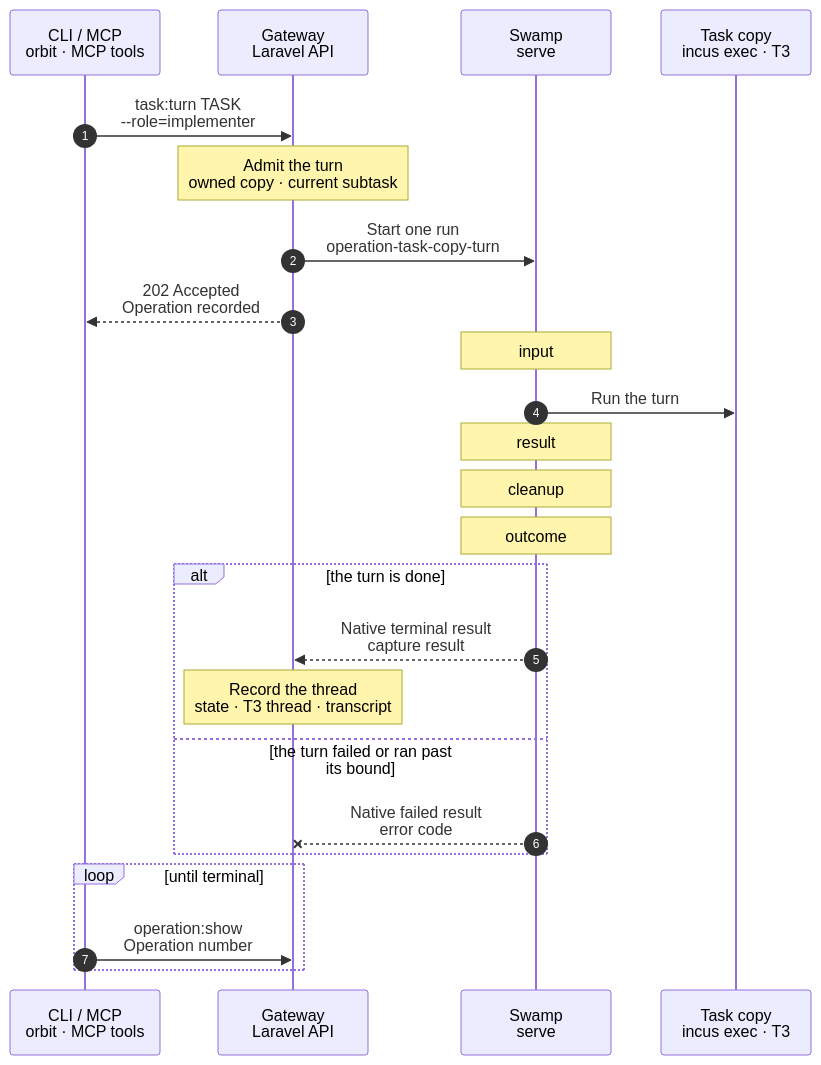
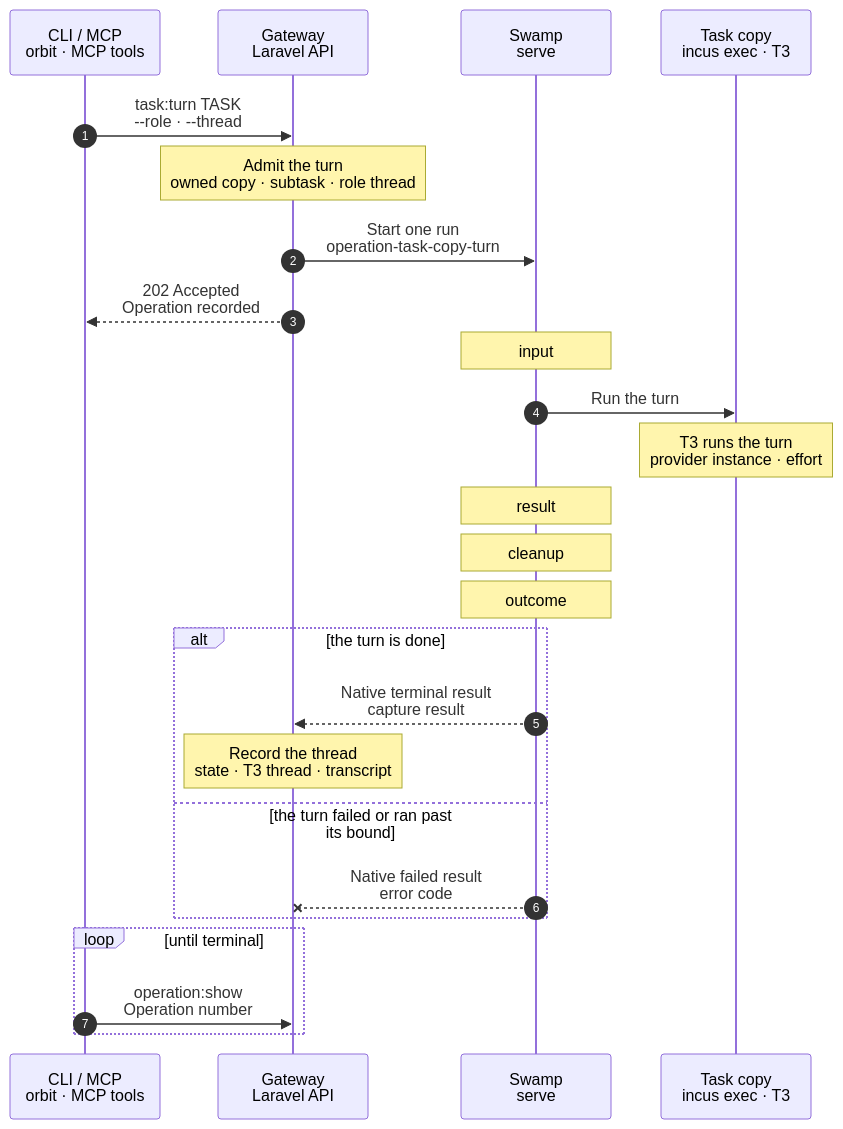
Before and after one commit to hardimpactdev/orbit: the diagram in docs/cli/task/copy-turn.mmd, drawn with Mermaid. The commit also changed 31 other files, not shown here.

First line of the commit message:
feat(tasks): copy turns keep one ongoing thread per role at its model and effort (#3715)

```diff
--- a/docs/cli/task/copy-turn.mmd
+++ b/docs/cli/task/copy-turn.mmd
@@ -1,69 +1,85 @@
 sequenceDiagram
-  %% Target design (orchestrator, 2026-11-13, plan A): a turn of a task that runs in a copy of its Project's default Instance. Swamp runs T3's own CLI in the copy as agent; stock T3 accepts only full-access MCP sessions it issues itself, so no T3 session leaves the container.
+  %% Target design (orchestrator, 2026-11-13, plan A; 2026-11-14 one ongoing thread per role, continued by default, effort per role through T3 provider instances): a turn of a task that runs in a copy of its Project's default Instance. Swamp runs T3's own CLI in the copy as agent; stock T3 accepts only full-access MCP sessions it issues itself, so no T3 session leaves the container. The implementer and the reviewer each keep one T3 thread that later turns continue.
   %% status: draft
   %% command: task:turn
   %% kind: tasks.copy_turn
   autonumber
   %% lane CLI icon=terminal pill=caller tone=gray
   %% lane GW icon=gateway pill=intent tone=blue
   %% lane SW icon=workflow pill=executes tone=green
   %% lane N icon=server pill=target tone=amber
   participant CLI as CLI / MCP<br/>orbit · MCP tools
   participant GW as Gateway<br/>Laravel API
   participant SW as Swamp<br/>serve
   participant N as Task copy<br/>incus exec · T3
-  CLI->>GW: task:turn TASK<br/>--role=implementer
+  CLI->>GW: task:turn TASK<br/>--role · --thread
   %%> Command:
-  %%> - `orbit task:turn SUBTASK --role=implementer --prompt="Run Doctor and commit a note." --thread=new`
-  Note over GW: Admit the turn<br/>owned copy · current subtask
+  %%> - `orbit task:turn SUBTASK --role=implementer --prompt="Run Doctor and commit a note."`
+  %%> - `orbit task:turn SUBTASK --role=implementer --prompt="Start over from the brief." --thread=new`
+  %%> - `orbit task:turn SUBTASK --role=reviewer --prompt="Review the checked commit." --check=CHECK`
+  Note over GW: Admit the turn<br/>owned copy · subtask · role thread
   %%> What it does:
   %%> - a group that owns a task copy, or whose Project has `nested_fleet` on, turns in its copy as `tasks.copy_turn`; every other group takes the task VM turn (`turn.mmd`). A nested-fleet group without a copy refuses here with `tasks.no_workspace`
-  %%> - composes the prompt as for a task VM turn: the title, brief and deliverables of the subtask, then the caller's prompt
-  %%> - records a new implementer thread with the driver `t3`, the copy's Node and the model of `ORBIT_TASKS_COPY_TURN_MODEL` (default `claudeAgent/claude-opus-5-5`); T3 picks the effort
-  %%> - the intent names the copy's container, the T3 command, the model, the 3,600 s bound and a title that names the thread; no credential and no vault key
+  %%> - composes the prompt as for a task VM turn: the title, brief and deliverables of the subtask, then the caller's prompt. A reviewer's prompt also names the checked commit
+  %%> - without `--thread`, the turn continues its role's thread: the implementer's thread of the current subtask, or the group's reviewer thread, when it is a `t3` thread of this copy. A role with no such thread starts one. `--thread=new` starts a new one; `--thread=ID` must name the thread the turn would continue
+  %%> - a new thread records the driver `t3`, the copy's Node, the role's copy model (`ORBIT_TASKS_COPY_IMPLEMENTER_MODEL` or `ORBIT_TASKS_COPY_REVIEWER_MODEL`, each `claude-opus-5-5` by default) and the role's effort (`ORBIT_TASKS_IMPLEMENTER_EFFORT`, default `medium`, or `ORBIT_TASKS_REVIEWER_EFFORT`, default `high`). The T3 provider instance of that effort carries it, as `claudeMedium` or `claudeHigh`
+  %%> - a continued thread keeps its model and effort: T3 keeps the thread's provider instance
+  %%> - a reviewer turn names the subtask's checked candidate with `--check`, as on a task VM; the commit goes into the turn
+  %%> - the intent names the copy's container, the T3 command, whether the turn starts or continues its thread, the provider instance and model, the candidate, the 3,600 s bound and a title that names the Orbit thread; no credential and no vault key
   %%> Requirements:
   %%> - the group owns its copy and the copy is `active`; otherwise `tasks.no_workspace` or `tasks.copy_not_ready`, and nothing is recorded
-  %%> - a new implementer thread with the copy's model; a reviewer turn, a continued thread or a caller's model answers `tasks.copy_turn_unsupported`
+  %%> - an implementer or reviewer turn with no caller's model; a consult or `--model` answers `tasks.copy_turn_unsupported`
+  %%> - `--thread=ID` names the role's thread that the turn would continue; otherwise `tasks.thread_role_mismatch`
+  %%> - a reviewer's check is the subtask's checked candidate; otherwise `tasks.commit_not_checked`
+  %%> - the role's copy model is a model name, and the role's effort is `low`, `medium`, `high`, `xhigh` or `max`; otherwise `tasks.copy_turn_model_invalid` or `tasks.copy_turn_effort_invalid`
   %%> - no other Operation of the group runs; otherwise `operation.target_busy`
-  %%> - no earlier turn of the group may still run in the copy: a turn whose run started but whose result does not show T3's run over answers `tasks.copy_turn_unended` with its Operation in `details.operation_id`; a check of the copy refuses the same way, until `task:cancel`
+  %%> - no earlier turn of the group may still run in the copy: the latest turn of each thread whose run started but whose result does not show T3's run over answers `tasks.copy_turn_unended` with its Operation in `details.operation_id`; a check of the copy refuses the same way, until `task:cancel`. One case passes: a turn that ended `waiting` for an answer does not hold a turn that continues its own thread, so the answer can be sent (that `t3 thread send` answers a waiting run is an assumption read from T3 0.1.7's CLI). A reviewer turn whose checkout is not restored holds the same way: its result is not over
   GW->>SW: Start one run<br/>operation-task-copy-turn
   GW-->>CLI: 202 Accepted<br/>Operation recorded
   %%> Result:
   %%> - follow the Operation while Swamp runs the turn
   Note over SW: input
   %%> What it does:
   %%> - writes the copy's container, the SSH target and the turn into the private run folder
   SW->>N: Run the turn
   %%> What it does:
   %%> - one Ansible phase on the copy's Node: `incus exec` into the copy, then `runuser -u agent`, non-login, with the agent's groups
   %%> - first one `true` in the copy: a copy the phase cannot reach fails before anything is launched, so its group stays free
-  %%> - `t3 thread start --provider --model --title --wait --json /srv/workspace -` with the prompt on stdin, bounded by `timeout` at 3,600 s
-  %%> - `t3 thread list` finds the thread by its title, also when the bound cut the wait; `t3 thread show --json` reads it back
-  %%> - writes each evidence file as soon as its command ends: the launch mark, the start's end, the read; a cut phase still tells whether a turn was launched
+  %%> - a continued turn first finds its T3 thread by its title with `t3 thread list`. A list that fails or is not JSON fails with `tasks.copy_turn_failed`; when T3 holds not exactly one thread of the title, the phase fails with `tasks.copy_thread_missing`. Nothing is launched
+  %%> - a reviewer turn then requires a clean checkout on a branch, reads the branch's tip and checks the candidate out, detached; a checkout with changes fails with `tasks.copy_tree_dirty` before anything is launched. The detach mark is written as soon as the checkout is detached
+  %%> - a new thread: `t3 thread start --provider --model --title --wait --json /srv/workspace -`; a continued one: `t3 thread send --wait --json THREAD -`. The prompt goes on stdin, bounded by `timeout` at 3,600 s
+  %%> - `t3 thread list` finds the thread by its title, also when the bound cut the wait; `t3 thread show --json` reads it back. Each read is bounded at 60 s
+  %%> - after a reviewer turn, also a failed or cut one, the phase discards what the reviewer changed and checks the branch out again, then reads that the checkout is clean, on its branch, and that the branch is at the tip read before the detach
+  %%> - writes each evidence file as soon as its command ends: the thread found to continue, the reviewer's checkout, the detach mark, the launch mark, the start's end, the read, the restore; a cut phase still tells whether a turn was launched
   %%> - T3's CLI issues its own full-access session inside the copy and revokes it when it exits; the replies stay in the run folder, never in a log
+  Note over N: T3 runs the turn<br/>provider instance · effort
+  %%> What it does:
+  %%> - the copy's T3 settings hold one `claudeAgent` provider instance per effort level, `claudeLow` to `claudeMax`, each with `CLAUDE_CODE_EFFORT_LEVEL` in its environment; the copy's create writes them
+  %%> - Claude Code takes that variable over the `--effort` T3 passes, so the thread runs at its recorded effort: verified with Claude Code 2.1.311 and T3 0.1.7
   Note over SW: result
   %%> What it does:
-  %%> - maps the run's status: `completed` is done, `waiting` asks for input, any other status fails with `tasks.turn_failed`, a cut wait fails with `tasks.turn_timeout`, a start that T3 refused fails with `tasks.copy_turn_failed`
-  %%> - keeps the message text of the thread, redacted and bounded to 256 KiB; T3's CLI gives no tool items and no token use
-  %%> - records whether T3's run is over: nothing was launched, the start printed an end other than a wait for an answer, or T3 lists no thread of this title or lists it in no active state
+  %%> - maps the run's status: `completed` is done, `waiting` asks for input, any other status fails with `tasks.turn_failed`, a cut wait fails with `tasks.turn_timeout`, a start that T3 refused fails with `tasks.copy_turn_failed`, a thread to continue that T3 does not hold fails with `tasks.copy_thread_missing`
+  %%> - a reviewer turn with the detach mark and no restore that reads clean on its branch at its tip fails with `tasks.copy_review_unrestored`, whatever its run did, also when it failed or nothing was launched; the error keeps the run's own error
+  %%> - keeps the message text of the thread, all its turns, redacted and bounded to 256 KiB with the newest kept; T3's CLI gives no tool items and no token use
+  %%> - records whether the turn is over: nothing was launched, the start printed an end other than a wait for an answer, or T3 lists no thread of this title or lists it in no active state. An unrestored reviewer turn is never over, so it holds its group until `task:cancel`
   Note over SW: cleanup
   %%> What it does:
   %%> - removes the private run folder
   Note over SW: outcome
   %%> What it does:
   %%> - native assert: the turn is done
   alt the turn is done
     SW-->>GW: Native terminal result<br/>capture result
     Note over GW: Record the thread<br/>state · T3 thread · transcript
     %%> Result:
     %%> - the thread's state and error, T3's thread id as its external id, and the transcript in the Gateway's archive: `task:agent:show` reads it after the copy is gone
     %%> - token metrics stay null
   else the turn failed or ran past its bound
     SW--xGW: Native failed result<br/>error code
     %%> Result:
     %%> - the thread is `failed` with T3's status as its error, and the transcript T3 had
     %%> - a turn cut by its bound, a cancelled turn or a lost phase may still run in the copy: the stock CLI cannot stop a run. The group then refuses more turns and checks with `tasks.copy_turn_unended`; `task:cancel` destroys the copy, and the run ends with it
   end
   loop until terminal
     CLI->>GW: operation:show<br/>Operation number
   end
```
